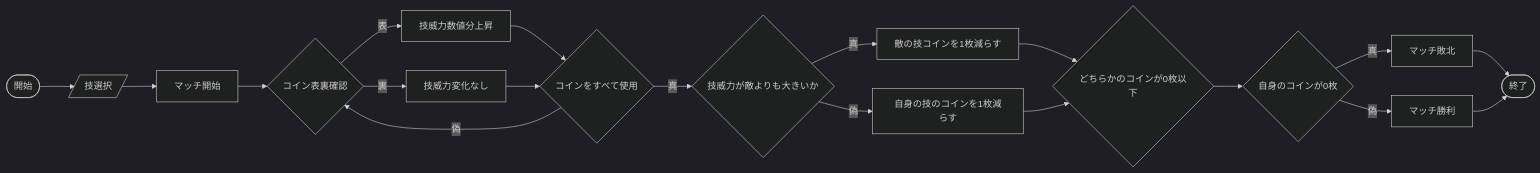
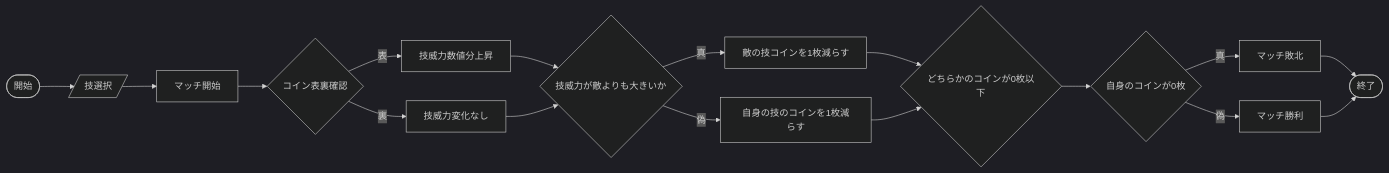
Before and after one commit to tpu-game-2023/mermaid_test: the first of 3 diagrams in README.md, drawn with Mermaid (dark theme).

Commit message:
見取り図最終調整

````diff
--- a/README.md
+++ b/README.md
@@ -20,21 +20,19 @@
 ```mermaid
 flowchart LR;
    A([開始]) --> B[/技選択/];
    B --> C[マッチ開始];
    C --> D{コイン表裏確認};
    D --表-->E[技威力数値分上昇];
    D --裏--> F[技威力変化なし];
-   E-->G{コインをすべて使用};
-   F-->G
-   G--真-->H{技威力が敵よりも大きいか};
-   G--偽-->D;
-   H--真-->I[敵の技コインを1枚減らす];
-   H--偽-->J[自身の技のコインを1枚減らす];
-   I-->K{どちらかのコインが0枚以下};
-   J-->K
-   K-->L{自身のコインが0枚};
-   L--真-->M[マッチ敗北];
-   L--偽-->N[マッチ勝利];;
-   M-->O([終了]);
-   N-->O;
+   E-->G{技威力が敵よりも大きいか};
+   F-->G;
+   G--真-->H[敵の技コインを1枚減らす];
+   G--偽-->I[自身の技のコインを1枚減らす];
+   H-->J{どちらかのコインが0枚以下};
+   I-->J
+   J-->K{自身のコインが0枚};
+   K--真-->L[マッチ敗北];
+   K--偽-->M[マッチ勝利];;
+   L-->N([終了]);
+   M-->N;
 ```
````
